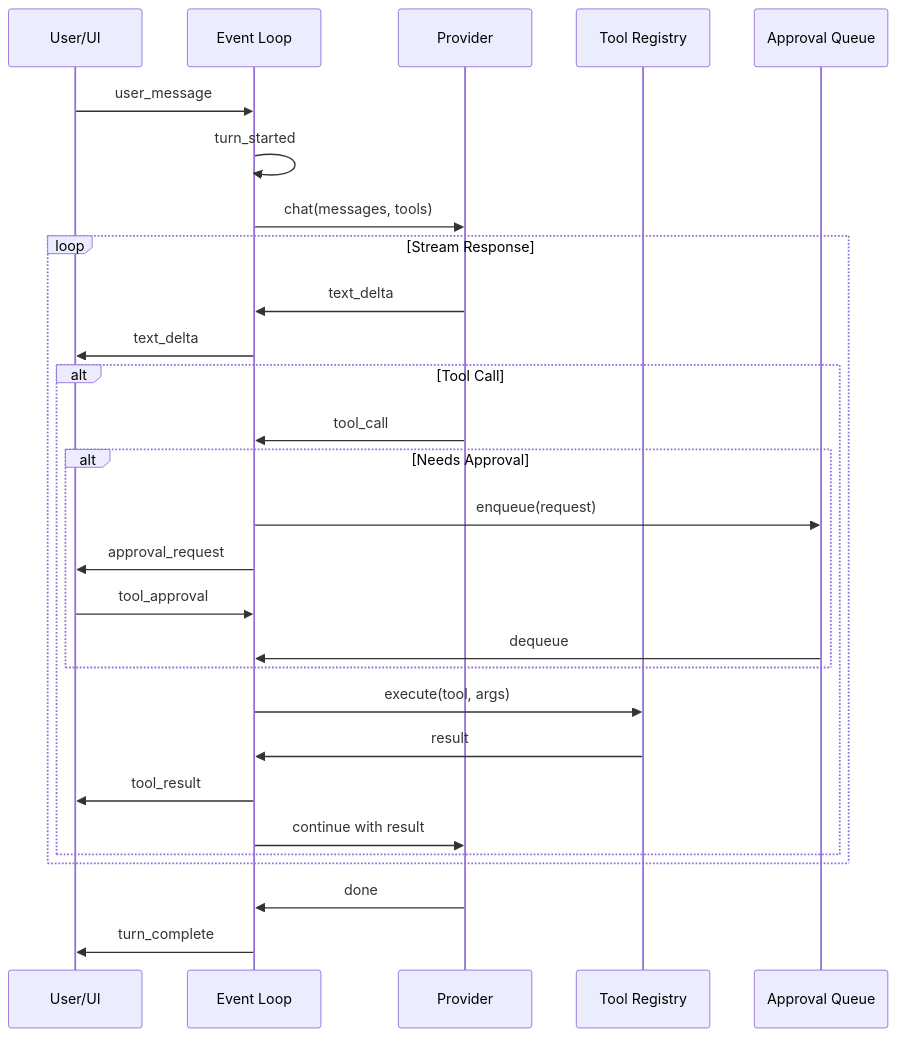
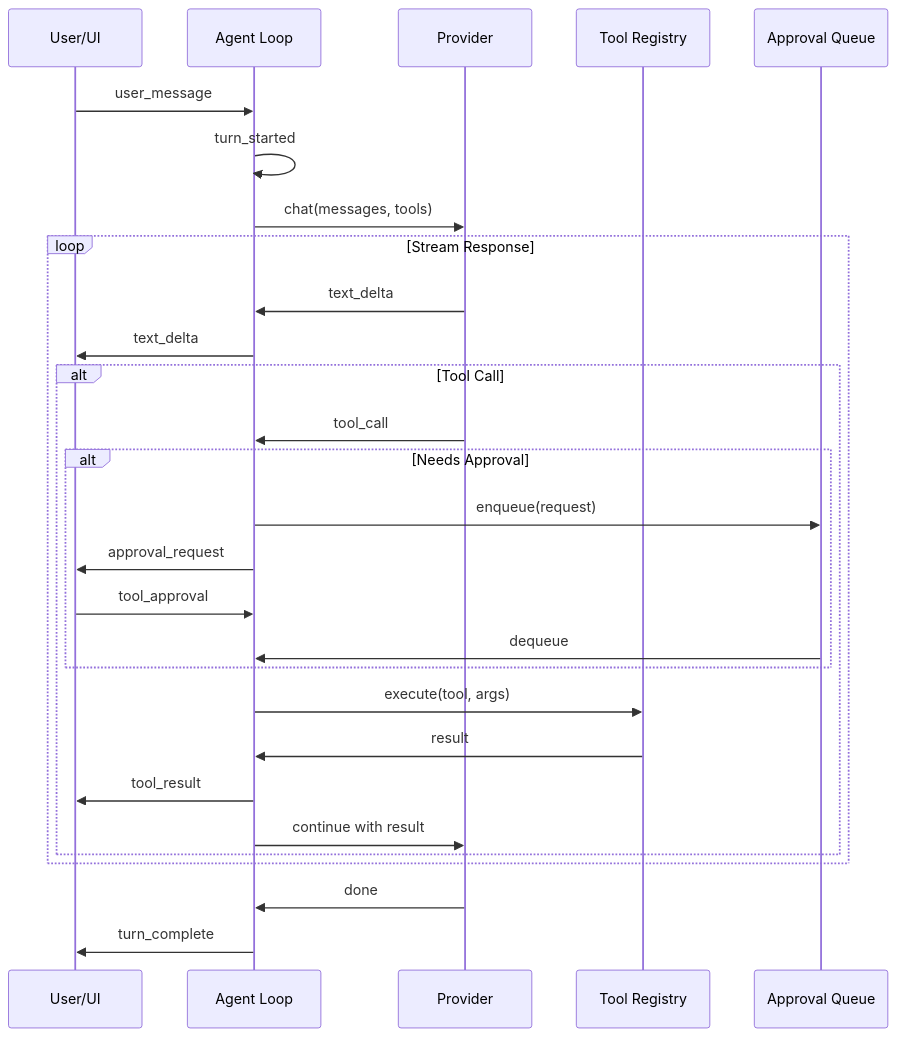
The diagram in docs/tools/UNIFIED-HARNESS.md (ray-manaloto/ai-agent-study-guide), drawn with Mermaid before and after one commit. The commit also changed other lines of this file and 12 other files, not shown here.

````diff
--- a/docs/tools/UNIFIED-HARNESS.md
+++ b/docs/tools/UNIFIED-HARNESS.md
@@ -431,36 +435,36 @@
 ```mermaid
 sequenceDiagram
     participant U as User/UI
-    participant L as Event Loop
+    participant L as Agent Loop
     participant P as Provider
     participant T as Tool Registry
     participant A as Approval Queue
     
     U->>L: user_message
     L->>L: turn_started
     L->>P: chat(messages, tools)
     
     loop Stream Response
         P->>L: text_delta
         L->>U: text_delta
         
         alt Tool Call
             P->>L: tool_call
             
             alt Needs Approval
                 L->>A: enqueue(request)
                 L->>U: approval_request
                 U->>L: tool_approval
                 A->>L: dequeue
             end
             
             L->>T: execute(tool, args)
             T->>L: result
             L->>U: tool_result
             L->>P: continue with result
         end
     end
     
     P->>L: done
     L->>U: turn_complete
 ```
````
